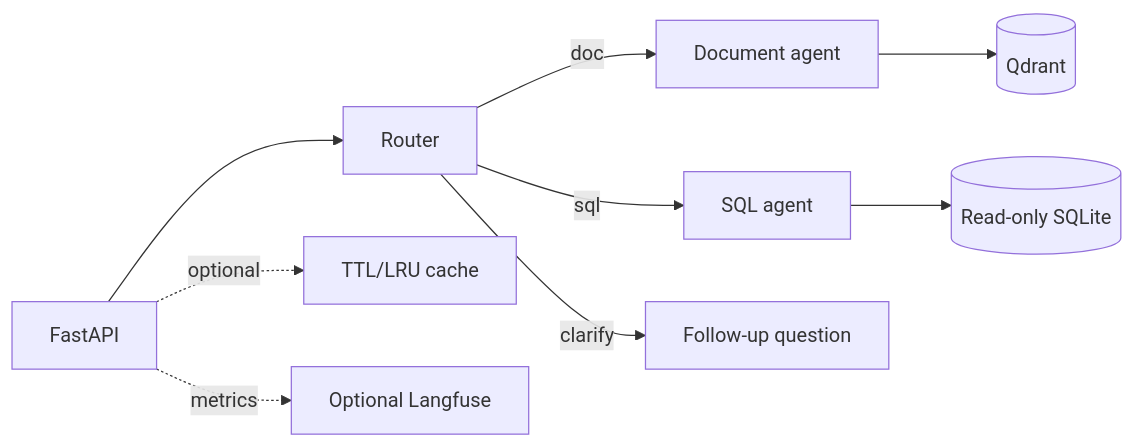
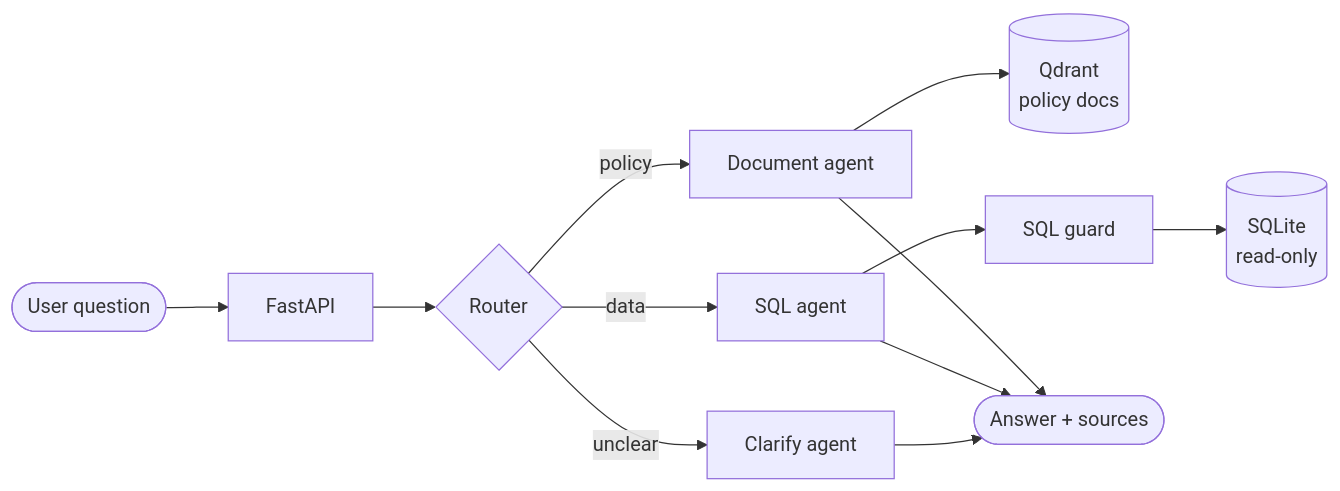
The diagram in README.md (RaafidAfraazG/Enterprise-Knowledge-Agent), drawn with Mermaid before and after one commit. The commit also changed other lines of this file, not shown here.

````diff
--- a/README.md
+++ b/README.md
@@ -26,11 +57,11 @@
 ```mermaid
 flowchart LR
-    API[FastAPI] --> Router[Router]
-    Router -->|doc| Doc[Document agent]
-    Router -->|sql| SQL[SQL agent]
-    Router -->|clarify| Clarify[Follow-up question]
-    Doc --> Qdrant[(Qdrant)]
-    SQL --> SQLite[(Read-only SQLite)]
-    API -. optional .-> Cache[TTL/LRU cache]
-    API -. metrics .-> Tracing[Optional Langfuse]
+    U([User question]) --> API[FastAPI]
+    API --> R{Router}
+    R -->|policy| D[Document agent]
+    R -->|data| S[SQL agent]
+    R -->|unclear| C[Clarify agent]
+    D --> Q[(Qdrant<br/>policy docs)]
+    S --> G[SQL guard] --> DB[(SQLite<br/>read-only)]
+    D & S & C --> A([Answer + sources])
 ```
````
